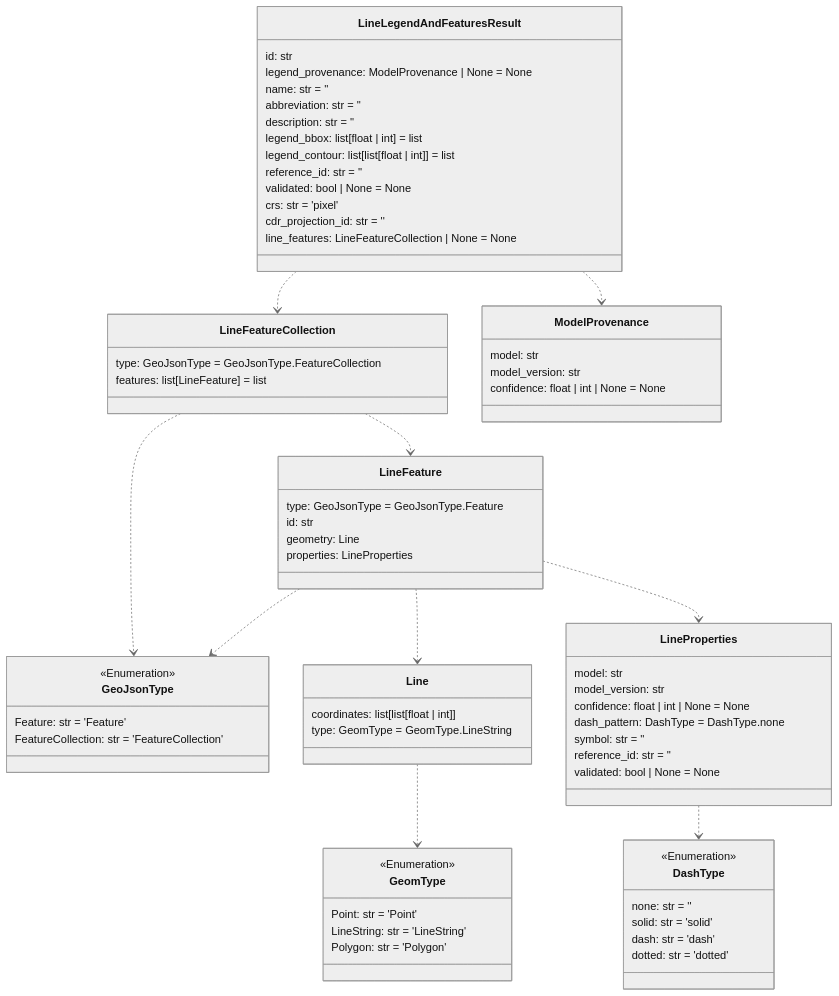
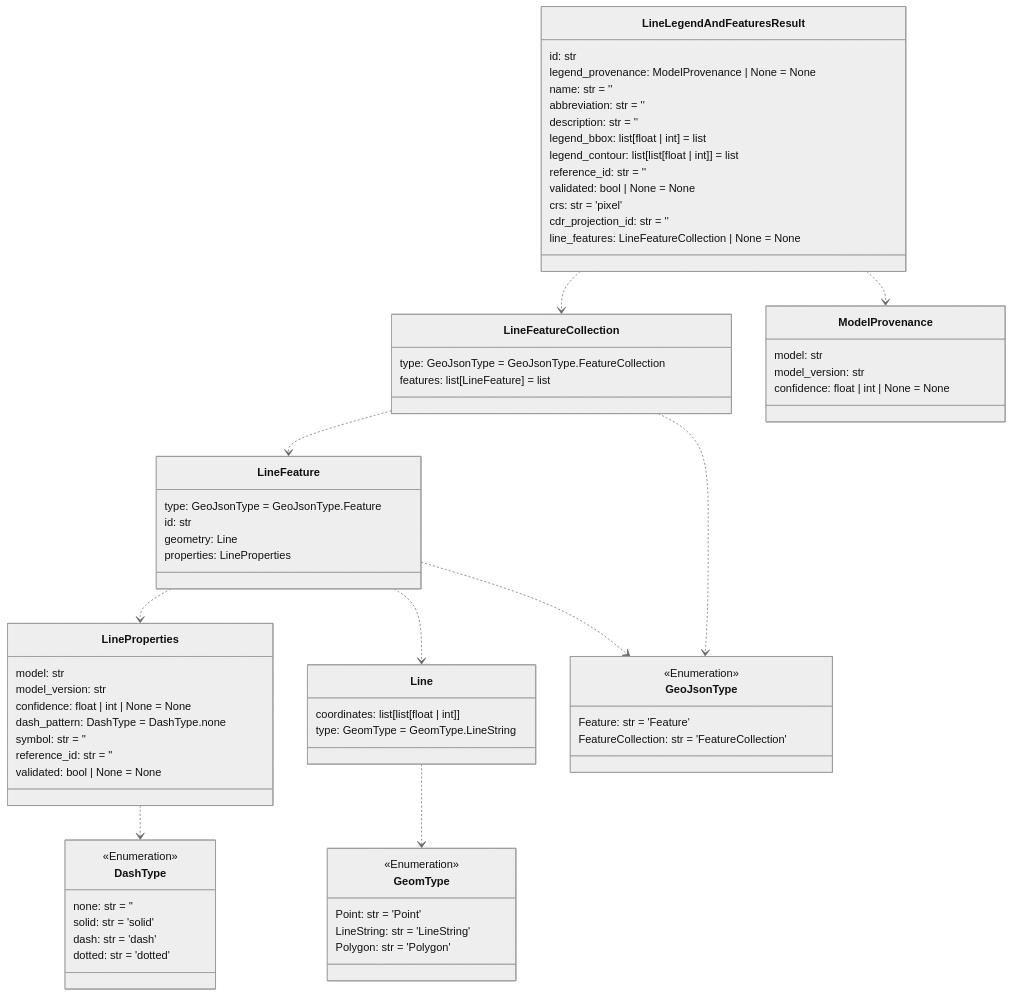
One commit to DARPA-CRITICALMAAS/cdr_schemas changed the sixth of 14 diagrams in README.md. Above: the diagram before and after it, drawn with Mermaid (neutral theme). The commit also changed other lines of this file and 3 other files, not shown here.

First line of the commit message:
Beak-TA3 BNN and SOM Schema Additions (#79)

````diff
--- a/README.md
+++ b/README.md
@@ -452,84 +452,84 @@
 ```mermaid
 classDiagram
 
-    class GeoJsonType {
-        <<Enumeration>>
-        Feature: str = 'Feature'
-        FeatureCollection: str = 'FeatureCollection'
+    class LineLegendAndFeaturesResult {
+        id: str
+        legend_provenance: ModelProvenance | None = None
+        name: str = ''
+        abbreviation: str = ''
+        description: str = ''
+        legend_bbox: list[float | int] = list
+        legend_contour: list[list[float | int]] = list
+        reference_id: str = ''
+        validated: bool | None = None
+        crs: str = 'pixel'
+        cdr_projection_id: str = ''
+        line_features: LineFeatureCollection | None = None
     }
 
-    class GeomType {
-        <<Enumeration>>
-        Point: str = 'Point'
-        LineString: str = 'LineString'
-        Polygon: str = 'Polygon'
-    }
-
-    class LineFeatureCollection {
-        type: GeoJsonType = GeoJsonType.FeatureCollection
-        features: list[LineFeature] = list
+    class Line {
+        coordinates: list[list[float | int]]
+        type: GeomType = GeomType.LineString
     }
 
     class DashType {
         <<Enumeration>>
         none: str = ''
         solid: str = 'solid'
         dash: str = 'dash'
         dotted: str = 'dotted'
+    }
+
+    class LineFeatureCollection {
+        type: GeoJsonType = GeoJsonType.FeatureCollection
+        features: list[LineFeature] = list
     }
 
     class LineProperties {
         model: str
         model_version: str
         confidence: float | int | None = None
         dash_pattern: DashType = DashType.none
         symbol: str = ''
         reference_id: str = ''
         validated: bool | None = None
     }
 
     class LineFeature {
         type: GeoJsonType = GeoJsonType.Feature
         id: str
         geometry: Line
         properties: LineProperties
     }
 
-    class Line {
-        coordinates: list[list[float | int]]
-        type: GeomType = GeomType.LineString
-    }
-
-    class LineLegendAndFeaturesResult {
-        id: str
-        legend_provenance: ModelProvenance | None = None
-        name: str = ''
-        abbreviation: str = ''
-        description: str = ''
-        legend_bbox: list[float | int] = list
-        legend_contour: list[list[float | int]] = list
-        reference_id: str = ''
-        validated: bool | None = None
-        crs: str = 'pixel'
-        cdr_projection_id: str = ''
-        line_features: LineFeatureCollection | None = None
+    class GeoJsonType {
+        <<Enumeration>>
+        Feature: str = 'Feature'
+        FeatureCollection: str = 'FeatureCollection'
     }
 
     class ModelProvenance {
         model: str
         model_version: str
         confidence: float | int | None = None
     }
 
+    class GeomType {
+        <<Enumeration>>
+        Point: str = 'Point'
+        LineString: str = 'LineString'
+        Polygon: str = 'Polygon'
+    }
+
     Line ..> GeomType
     LineProperties ..> DashType
+    LineFeature ..> LineProperties
     LineFeature ..> Line
     LineFeature ..> GeoJsonType
-    LineFeature ..> LineProperties
     LineFeatureCollection ..> LineFeature
     LineFeatureCollection ..> GeoJsonType
+    LineLegendAndFeaturesResult ..> ModelProvenance
     LineLegendAndFeaturesResult ..> LineFeatureCollection
-    LineLegendAndFeaturesResult ..> ModelProvenance
 
 
 ```
````
